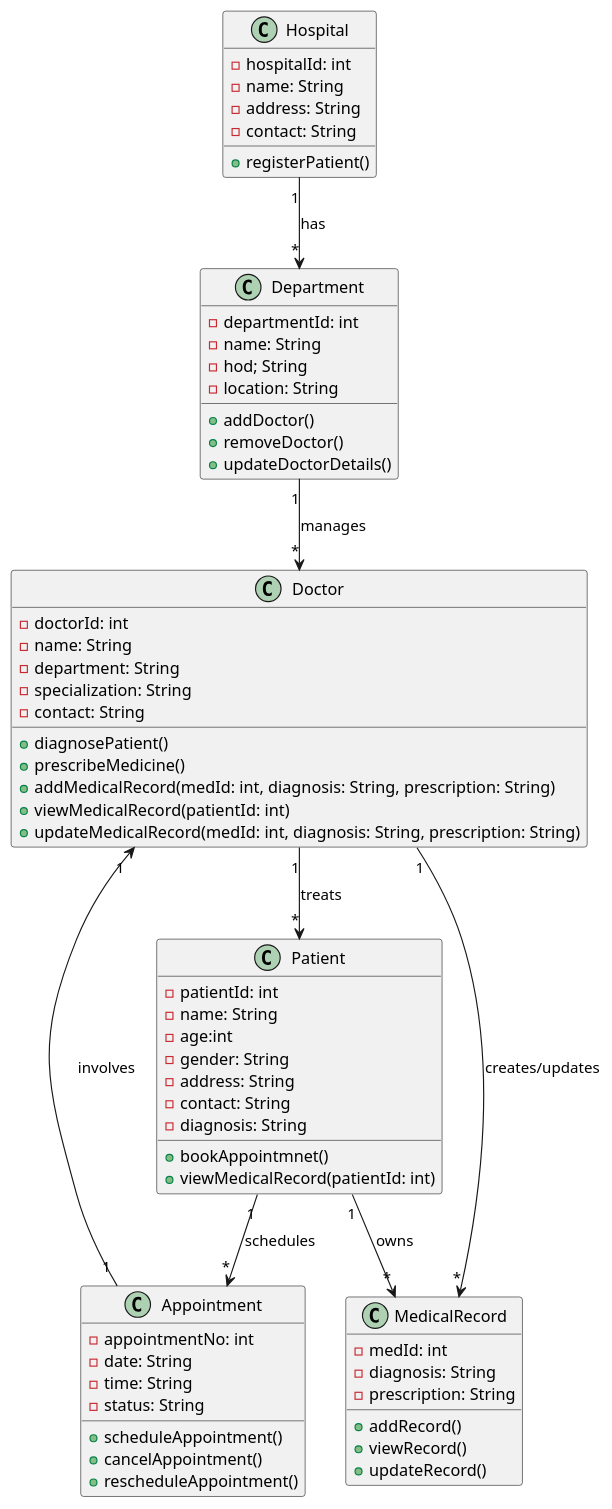
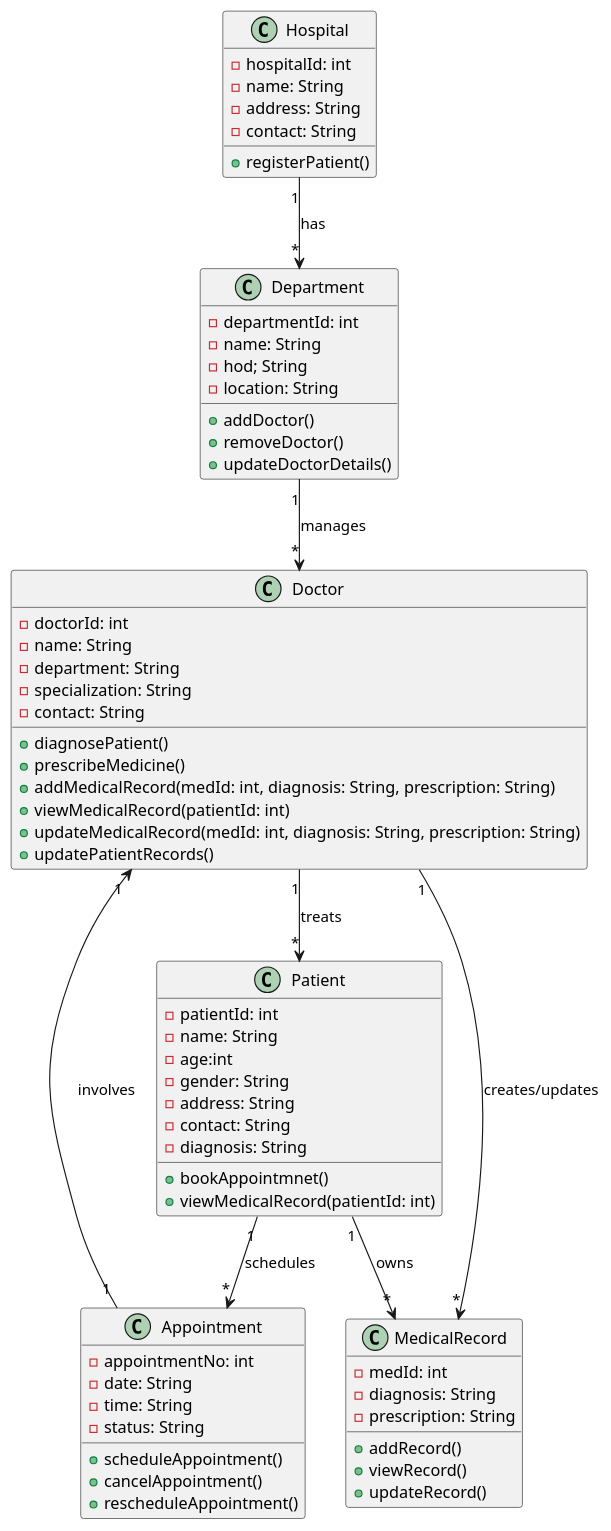
One commit to abhijeet-276/Hospital-Management-System-UML-diagrams changed the diagram in class_diagram.puml. Above: the diagram before and after it, drawn with PlantUML. The commit also changed other lines of this file, not shown here.

Commit message:
class_diagram.puml is updated

```diff
--- a/class_diagram.puml
+++ b/class_diagram.puml
@@ -1,81 +1,82 @@
 @startuml
 'Classes:
 '-------------
 
 class Hospital {
   - hospitalId: int  
   - name: String
   - address: String
   - contact: String
   + registerPatient()  
 }
 
 class Doctor {
   - doctorId: int  
   - name: String
   - department: String
   - specialization: String
   - contact: String
   + diagnosePatient() 
   + prescribeMedicine()
   + addMedicalRecord(medId: int, diagnosis: String, prescription: String)
   + viewMedicalRecord(patientId: int)
   + updateMedicalRecord(medId: int, diagnosis: String, prescription: String)
+  + updatePatientRecords()
 }
 
 class Department {
   - departmentId: int  
   - name: String
   - hod; String
   - location: String
   + addDoctor()
   + removeDoctor()
   + updateDoctorDetails()
 
 }
 
 class Patient {
   - patientId: int  
   - name: String
   - age:int
   - gender: String
   - address: String
   - contact: String
   - diagnosis: String
   + bookAppointmnet()  
   + viewMedicalRecord(patientId: int)
 }
 
 class Appointment {
   - appointmentNo: int
   - date: String
   - time: String
   - status: String
   + scheduleAppointment()
   + cancelAppointment()
   + rescheduleAppointment()
 }
 
 
 class MedicalRecord {
   - medId: int
   - diagnosis: String
   - prescription: String
   + addRecord()
   + viewRecord()
   + updateRecord()
 }
 
 
 
 'Associations:
 '-------------
 
 Hospital "1" --> "*" Department : has
 Department "1" --> "*" Doctor : manages
 Doctor "1" --> "*" Patient : treats
 Patient "1" --> "*" Appointment : schedules
 Appointment "1" --> "1" Doctor : involves
 Patient "1" --> "*" MedicalRecord : owns
 Doctor "1" --> "*" MedicalRecord : creates/updates
 @enduml
```
